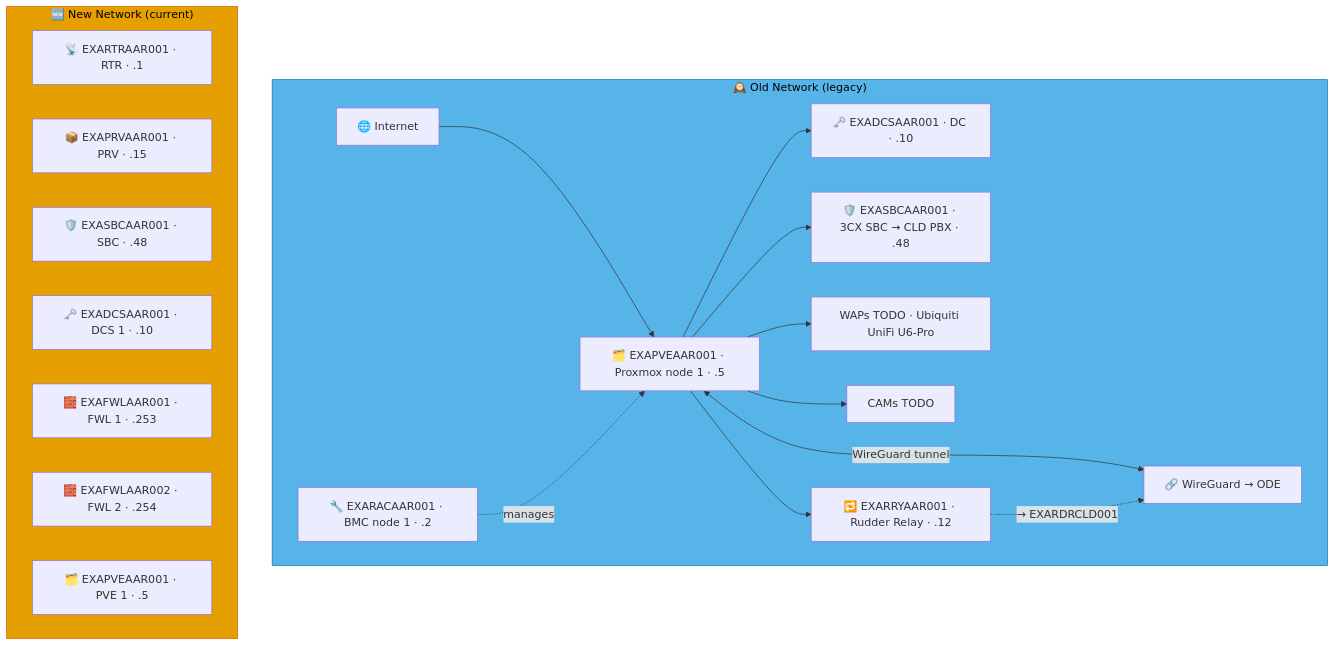
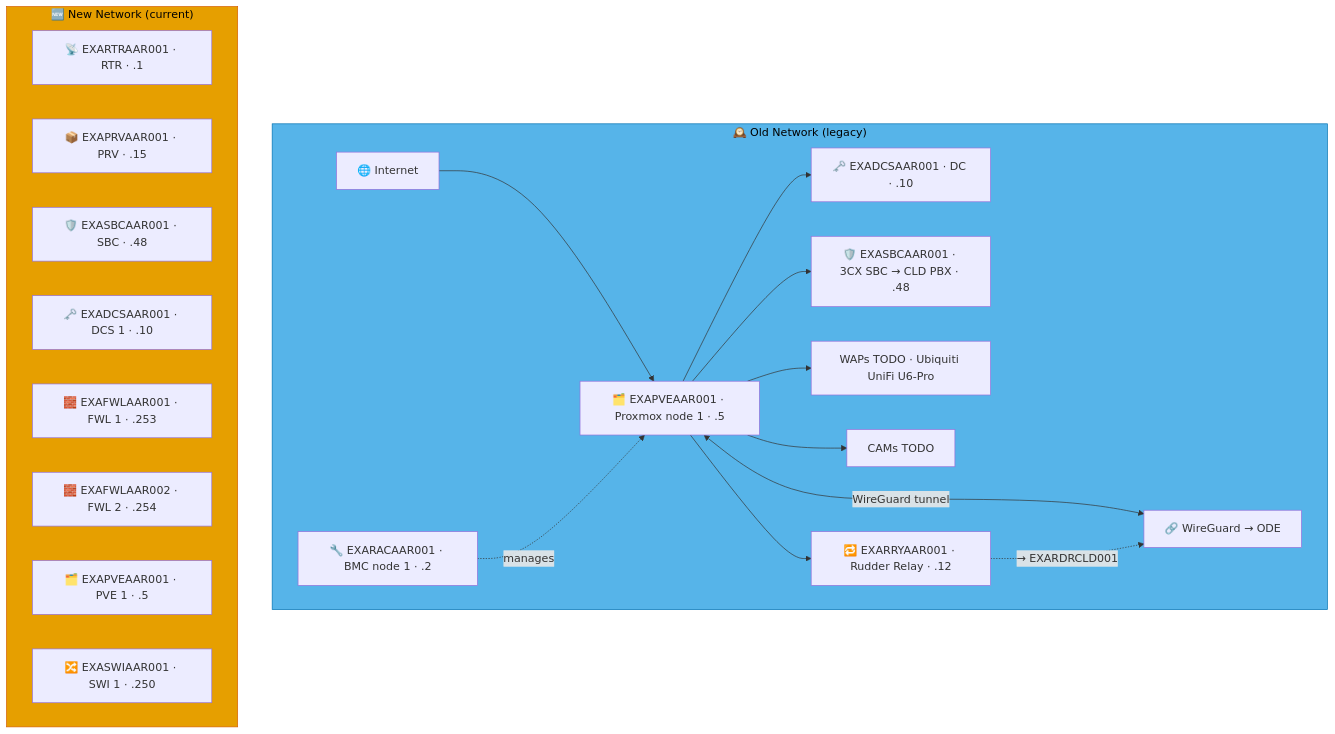
Before and after one commit to knightmare2600/example_music_infra: the sixth of 9 diagrams in docs/network-diagram/danmark.md, drawn with Mermaid. The commit also changed other lines of this file and 12 other files, not shown here.

````diff
--- a/docs/network-diagram/danmark.md
+++ b/docs/network-diagram/danmark.md
@@ -276,35 +280,36 @@
 ```mermaid
 graph TD
     subgraph OLD_AAR ["🕰️ Old Network (legacy)"]
       INET["🌐 Internet"]
       RAC["🔧 EXARACAAR001 · BMC node 1 · .2"]
       PVE["🗂️ EXAPVEAAR001 · Proxmox node 1 · .5"]
       DC["🗝️ EXADCSAAR001 · DC · .10"]
       SBC["🛡️ EXASBCAAR001 · 3CX SBC → CLD PBX · .48"]
       RRY["🔁 EXARRYAAR001 · Rudder Relay · .12"]
       WAP["WAPs TODO · Ubiquiti UniFi U6-Pro"]
       CAM["CAMs TODO"]
       VPN["🔗 WireGuard → ODE"]
 
       INET --> PVE --> DC & SBC
       RAC -.->|"manages"| PVE
       PVE --> WAP & CAM
       PVE <-->|"WireGuard tunnel"| VPN
 
       PVE --> RRY
       RRY -. "→ EXARDRCLD001" .-> VPN
     end
     style OLD_AAR fill:#56B4E9,stroke:#0072B2,color:#000000
     %% GENERATED:NEW-NETWORK:AAR:START
     subgraph NEW_AAR ["🆕 New Network (current)"]
       N_RTR["📡 EXARTRAAR001 · RTR · .1"]
       N_PRV["📦 EXAPRVAAR001 · PRV · .15"]
       N_SBC["🛡️ EXASBCAAR001 · SBC · .48"]
       N_DCS["🗝️ EXADCSAAR001 · DCS 1 · .10"]
       N_FWL["🧱 EXAFWLAAR001 · FWL 1 · .253"]
       N_FWL2["🧱 EXAFWLAAR002 · FWL 2 · .254"]
       N_PVE["🗂️ EXAPVEAAR001 · PVE 1 · .5"]
+      N_SWI["🔀 EXASWIAAR001 · SWI 1 · .250"]
     end
     style NEW_AAR fill:#E69F00,stroke:#D55E00,color:#000000
     %% GENERATED:NEW-NETWORK:AAR:END
 ```
````
